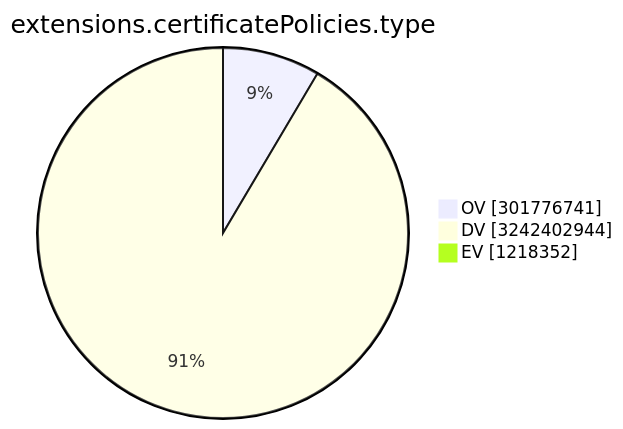
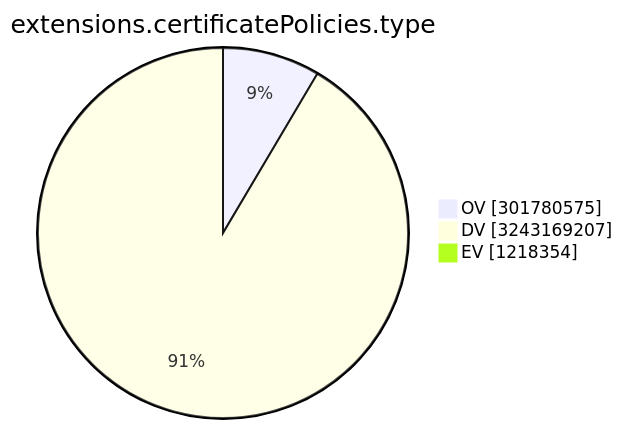
One commit to christiankrug/ctmonitor_visualization changed the ninth of 15 diagrams in TOTAL/README.md. Above: the diagram before and after it, drawn with Mermaid. The commit also changed other lines of this file, not shown here.

````diff
--- a/TOTAL/README.md
+++ b/TOTAL/README.md
@@ -3107,7 +3107,7 @@
 ```mermaid
 pie showData
 title extensions.certificatePolicies.type
-"OV" :301776741
-"DV" :3242402944
-"EV" :1218352
+"OV" :301780575
+"DV" :3243169207
+"EV" :1218354
 ```
````
